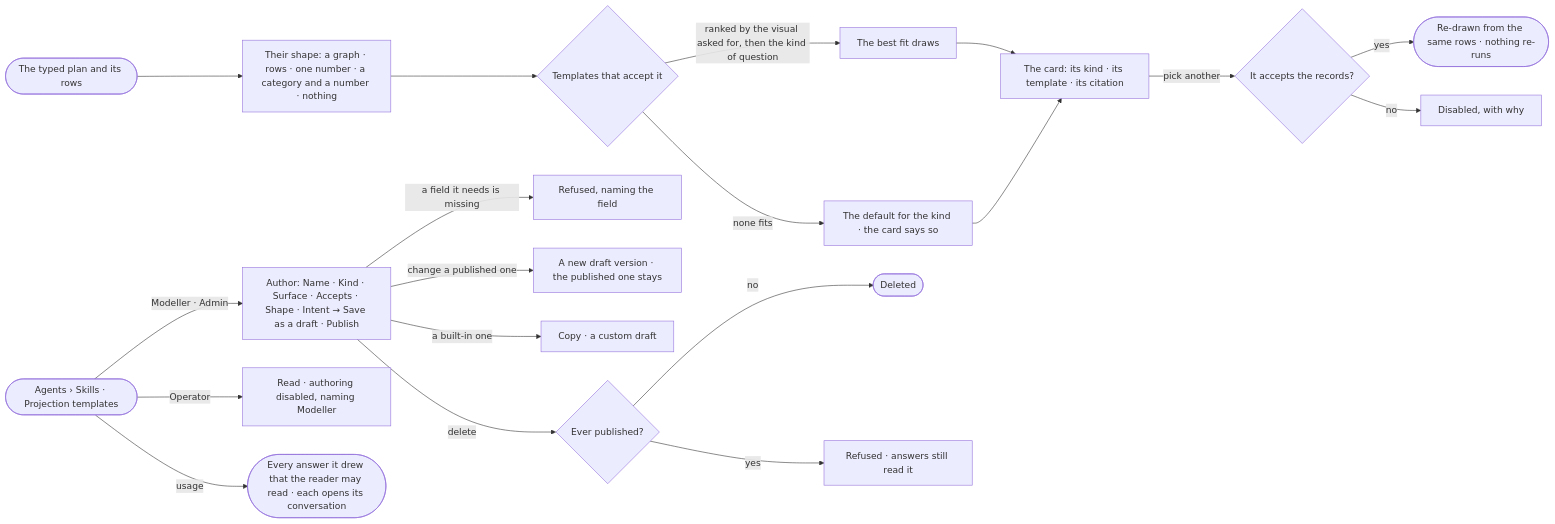
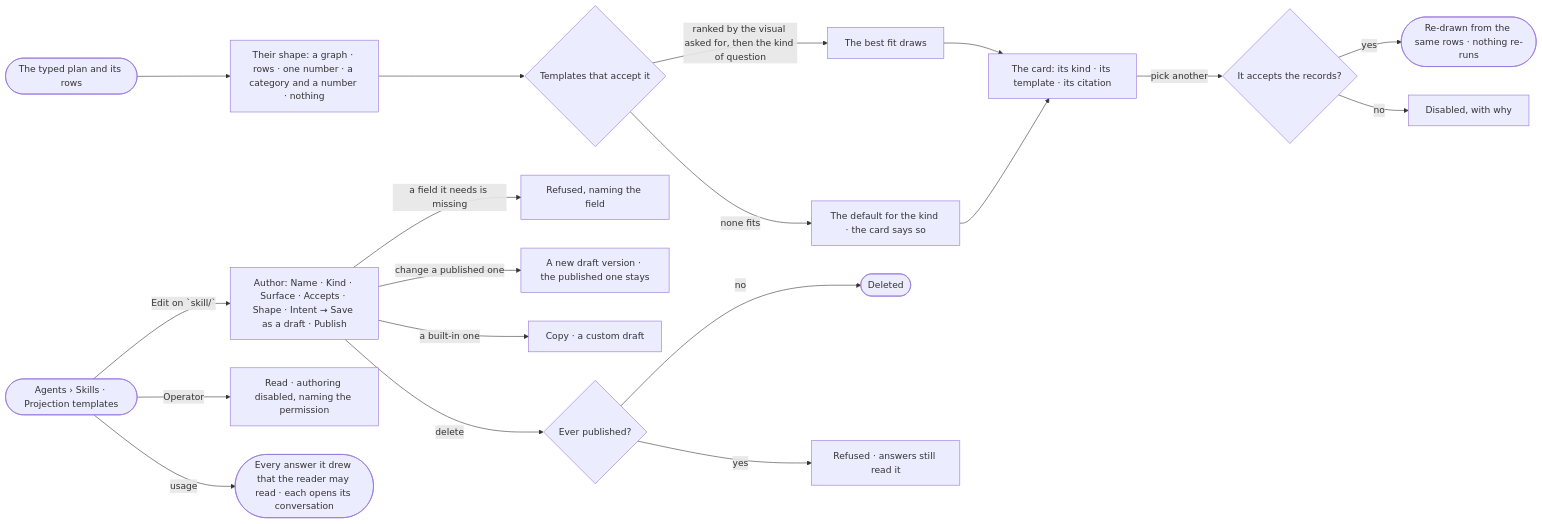
One commit to invana/invana changed the diagram in specs/capabilities/explore/features/EX-F04-the-answer/stories/EX-03-the-answer-in-the-shape-that-fits/story.md. Above: the diagram before and after it, drawn with Mermaid. The commit also changed other lines of this file and 228 other files, not shown here.

````diff
--- a/specs/capabilities/explore/features/EX-F04-the-answer/stories/EX-03-the-answer-in-the-shape-that-fits/story.md
+++ b/specs/capabilities/explore/features/EX-F04-the-answer/stories/EX-03-the-answer-in-the-shape-that-fits/story.md
@@ -27,21 +27,21 @@
 ```mermaid
 flowchart LR
   r([The typed plan and its rows]) --> s["Their shape: a graph · rows · one number · a category and a number · nothing"]
   s --> t{Templates that accept it}
   t -->|ranked by the visual asked for, then the kind of question| pick["The best fit draws"]
   t -->|none fits| def["The default for the kind · the card says so"]
   pick --> card["The card: its kind · its template · its citation"]
   def --> card
   card -->|pick another| sw{It accepts the records?}
   sw -->|yes| re(["Re-drawn from the same rows · nothing re-runs"])
   sw -->|no| dis["Disabled, with why"]
-  tl([Agents › Skills · Projection templates]) -->|Modeller · Admin| au["Author: Name · Kind · Surface · Accepts · Shape · Intent → Save as a draft · Publish"]
-  tl -->|Operator| ro["Read · authoring disabled, naming Modeller"]
+  tl([Agents › Skills · Projection templates]) -->|Edit on `skill/<name>`| au["Author: Name · Kind · Surface · Accepts · Shape · Intent → Save as a draft · Publish"]
+  tl -->|Operator| ro["Read · authoring disabled, naming the permission"]
   tl -->|usage| us(["Every answer it drew that the reader may read · each opens its conversation"])
   au -->|a field it needs is missing| ref["Refused, naming the field"]
   au -->|change a published one| nv["A new draft version · the published one stays"]
   au -->|a built-in one| cp["Copy · a custom draft"]
   au -->|delete| dd{Ever published?}
   dd -->|no| gone(["Deleted"])
   dd -->|yes| keep["Refused · answers still read it"]
 ```
````
